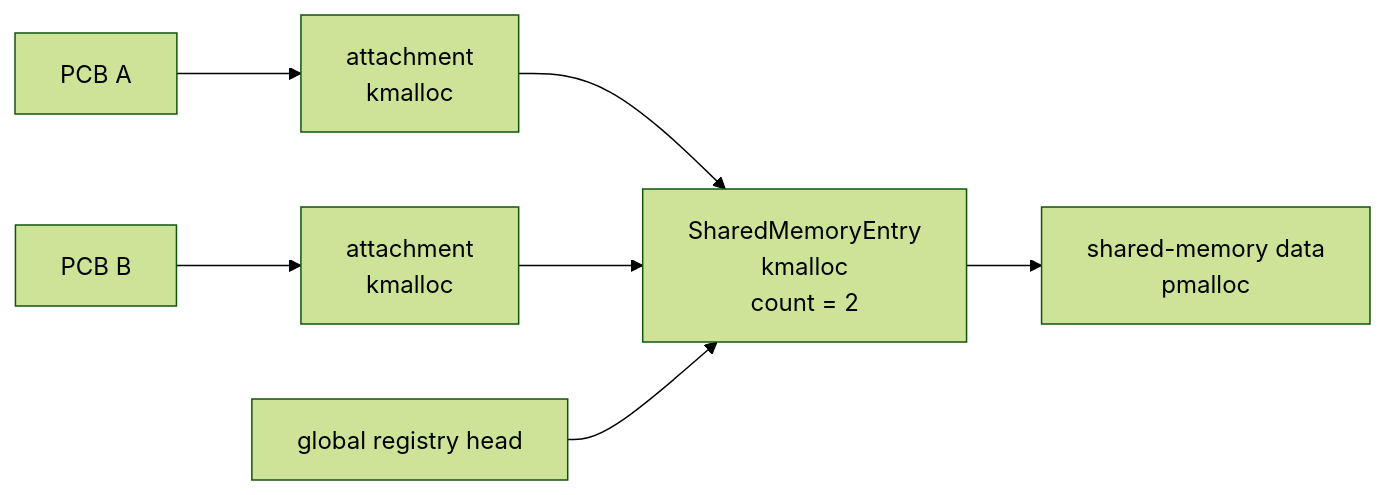
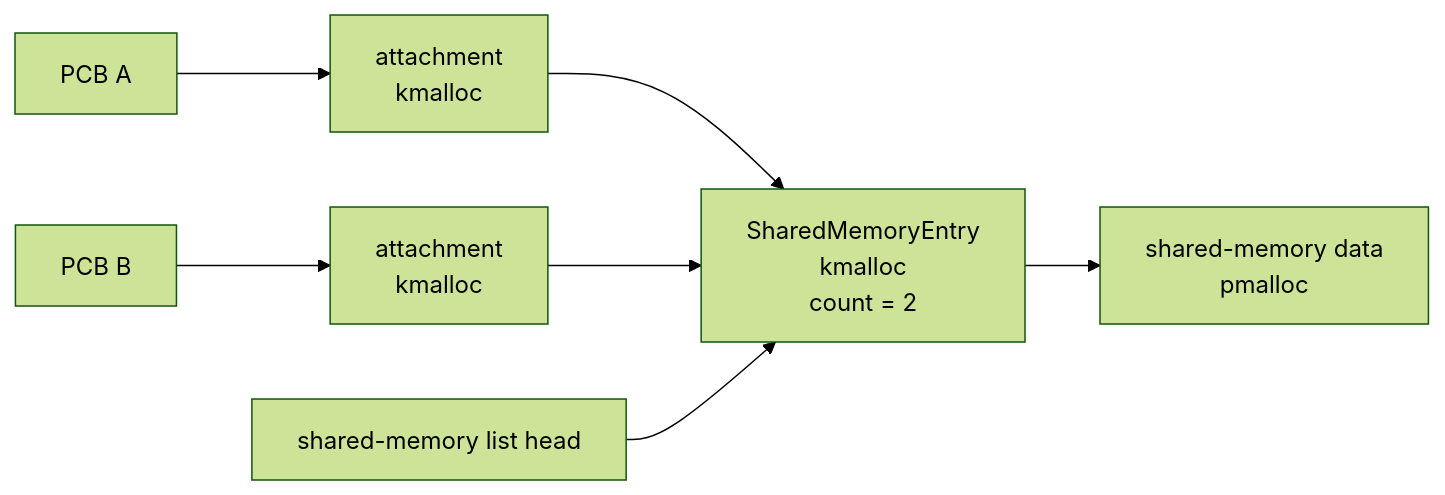
One commit to matthejue/Pico-OS changed the tenth of 31 diagrams in README.md. Above: the diagram before and after it, drawn with Mermaid (forest theme). The commit also changed other lines of this file, not shown here.

Commit message:
documented the new no-escape-check write path and how the shell uses it. Clarified shared-memory entries, process attachments, mapping, and removal. Updated related function references and call information

````diff
--- a/README.md
+++ b/README.md
@@ -2095,9 +2185,9 @@
 ```mermaid
 flowchart LR
     P1["PCB A"] --> A1["attachment<br/>kmalloc"]
     P2["PCB B"] --> A2["attachment<br/>kmalloc"]
     A1 --> E["SharedMemoryEntry<br/>kmalloc<br/>count = 2"]
     A2 --> E
     E --> M["shared-memory data<br/>pmalloc"]
-    G["global registry head"] --> E
+    G["shared-memory list head"] --> E
 ```
````
